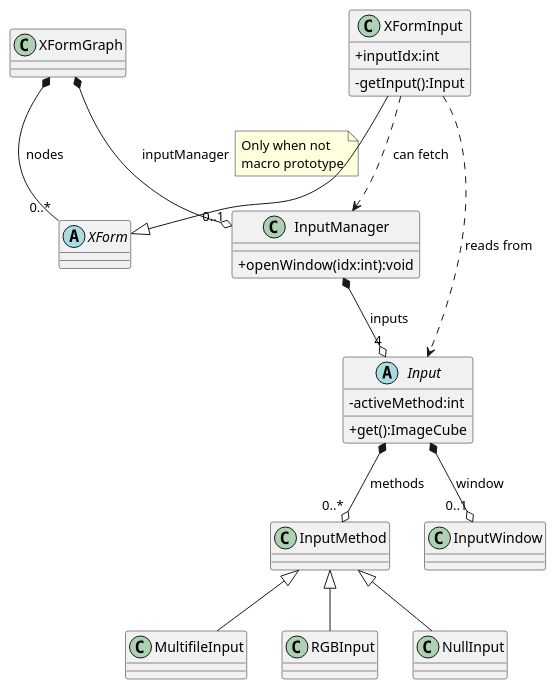
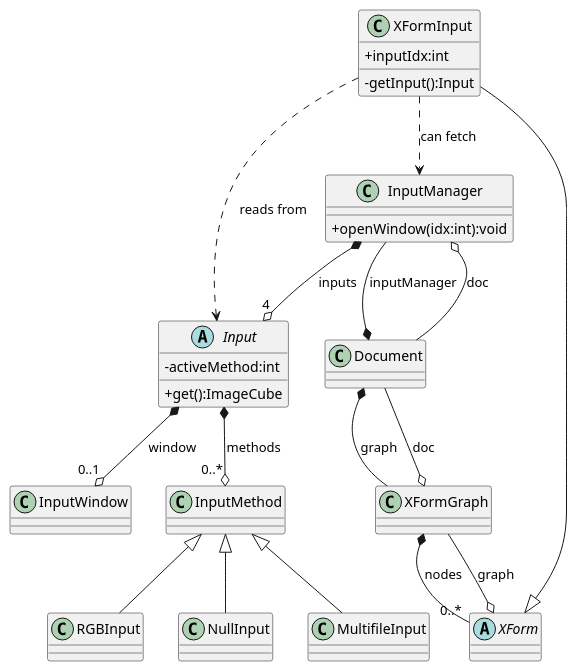
Before and after one commit to AU-ExoMars/PCOT: the diagram in docs/inputs.plantuml, drawn with PlantUML. The commit also changed 8 other files, not shown here.

```diff
--- a/docs/inputs.plantuml
+++ b/docs/inputs.plantuml
@@ -1,43 +1,44 @@
 @startuml
 skinparam classAttributeIconSize 0
 
 class InputManager {
     +openWindow(idx:int):void
 }
 
-XFormGraph *--o "0..1" InputManager: inputManager
-note right on link
-Only when not
-macro prototype
-end note
+Document *-- InputManager: inputManager
+InputManager o-- Document : doc
+
+Document *-- XFormGraph : graph
+XFormGraph o-- Document  : doc
 
 abstract class Input {
     -activeMethod:int
     +get():ImageCube
 }
 
 InputManager *--o "4" Input : inputs
 
 Input *--o "0..*" InputMethod : methods
 
 InputMethod <|-- MultifileInput
 InputMethod <|-- RGBInput
 InputMethod <|-- NullInput
 
 XFormGraph *-- "0..*" XForm: nodes
 XFormInput ..> Input: "reads from"
 
 abstract class XForm {
 }
 
 XFormInput --|> XForm
+XForm o-- XFormGraph : graph
 
 Input *--o "0..1" InputWindow : window
 
 class XFormInput {
     +inputIdx:int
     -getInput():Input
 }
 
 XFormInput ..> InputManager: "can fetch"
 @enduml
```
